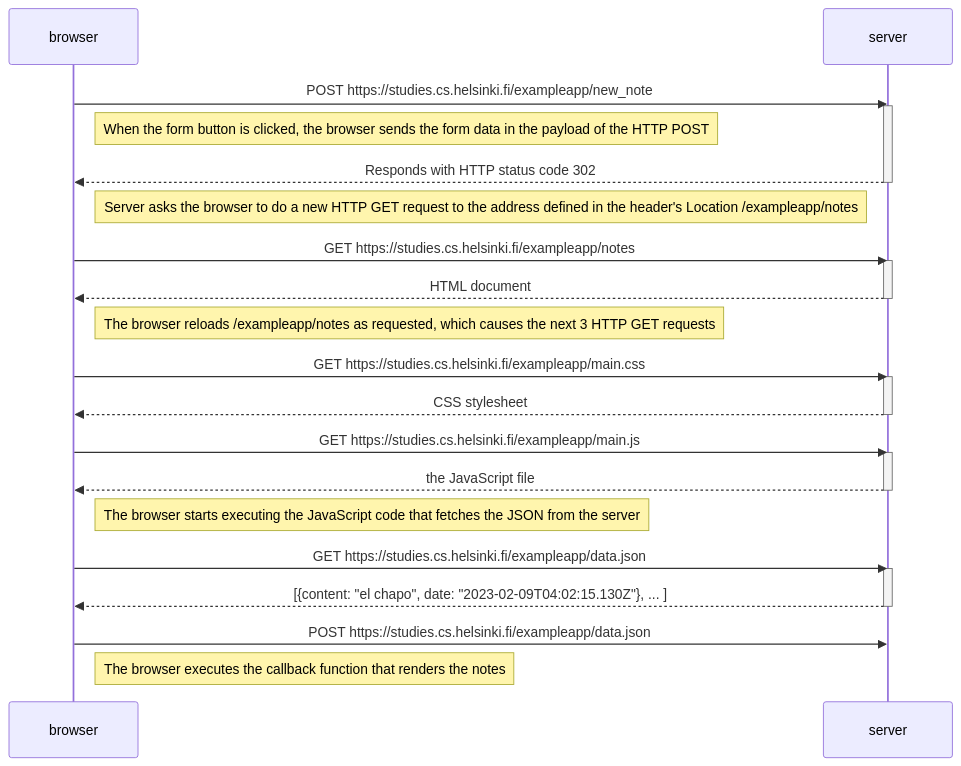
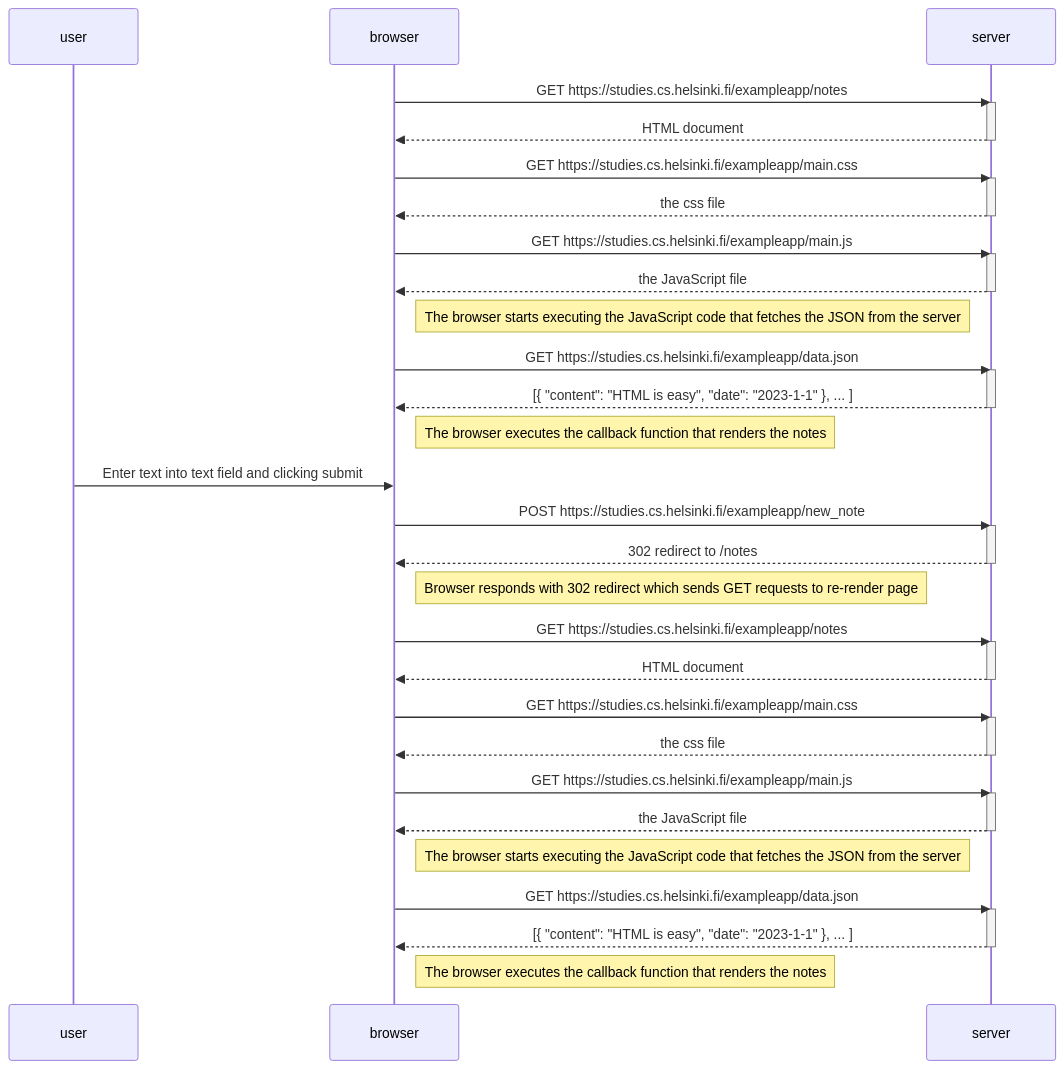
One commit to austintriggs/FullStackOpen-Exercises changed the diagram in part0.md. Above: the diagram before and after it, drawn with Mermaid.

````diff
--- a/part0.md
+++ b/part0.md
@@ -13,38 +13,62 @@
 ```mermaid
 sequenceDiagram
+    participant user
     participant browser
     participant server
     
-    browser->>server: POST https://studies.cs.helsinki.fi/exampleapp/new_note
-    activate server
-    Note right of browser: When the form button is clicked, the browser sends the form data in the payload of the HTTP POST
-    server-->>browser: Responds with HTTP status code 302
-    deactivate server
-    Note left of server: Server asks the browser to do a new HTTP GET request to the address defined in the header's Location /exampleapp/notes
-
     browser->>server: GET https://studies.cs.helsinki.fi/exampleapp/notes
     activate server
     server-->>browser: HTML document
     deactivate server
-    Note right of browser: The browser reloads /exampleapp/notes as requested, which causes the next 3 HTTP GET requests
     
     browser->>server: GET https://studies.cs.helsinki.fi/exampleapp/main.css
     activate server
-    server-->>browser: CSS stylesheet
+    server-->>browser: the css file
     deactivate server
-
+    
     browser->>server: GET https://studies.cs.helsinki.fi/exampleapp/main.js
     activate server
     server-->>browser: the JavaScript file
     deactivate server
     
     Note right of browser: The browser starts executing the JavaScript code that fetches the JSON from the server
     
     browser->>server: GET https://studies.cs.helsinki.fi/exampleapp/data.json
     activate server
-    server-->>browser: [{content: "el chapo", date: "2023-02-09T04:02:15.130Z"}, ... ]
+    server-->>browser: [{ "content": "HTML is easy", "date": "2023-1-1" }, ... ]
     deactivate server    
-    browser->>server: POST https://studies.cs.helsinki.fi/exampleapp/data.json
+
+    Note right of browser: The browser executes the callback function that renders the notes 
+
+    user->>browser: Enter text into text field and clicking submit
+    browser->>server: POST https://studies.cs.helsinki.fi/exampleapp/new_note
     activate server
+    server-->>browser: 302 redirect to /notes
+    deactivate server
+
+    Note right of browser: Browser responds with 302 redirect which sends GET requests to re-render page 
+
+    browser->>server: GET https://studies.cs.helsinki.fi/exampleapp/notes
+    activate server
+    server-->>browser: HTML document
+    deactivate server
+
+    browser->>server: GET https://studies.cs.helsinki.fi/exampleapp/main.css
+    activate server
+    server-->>browser: the css file
+    deactivate server
+
+    browser->>server: GET https://studies.cs.helsinki.fi/exampleapp/main.js
+    activate server
+    server-->>browser: the JavaScript file
+    deactivate server
+
+    Note right of browser: The browser starts executing the JavaScript code that fetches the JSON from the server
+    
+    browser->>server: GET https://studies.cs.helsinki.fi/exampleapp/data.json
+    activate server
+    server-->>browser: [{ "content": "HTML is easy", "date": "2023-1-1" }, ... ]
+    deactivate server
+
     Note right of browser: The browser executes the callback function that renders the notes
 ```
````
